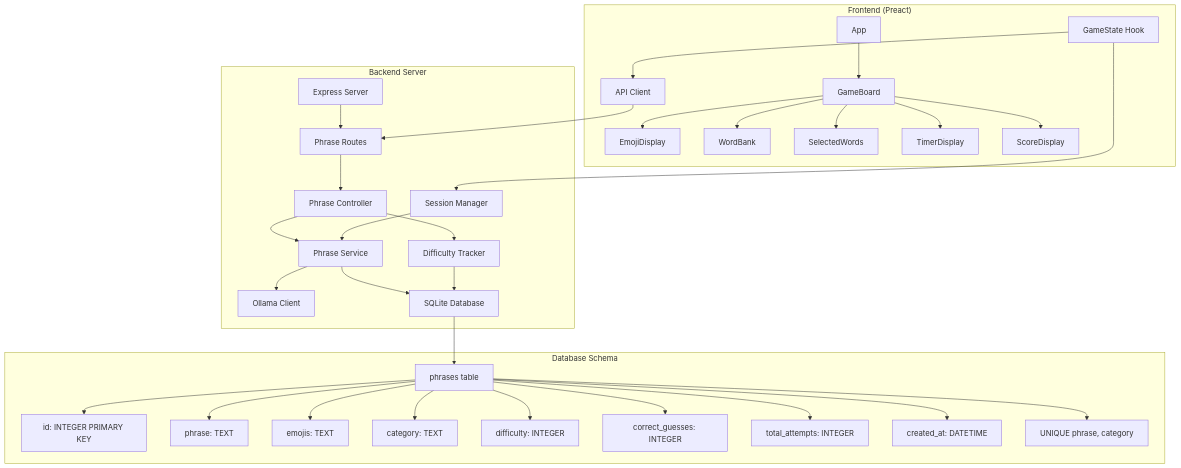
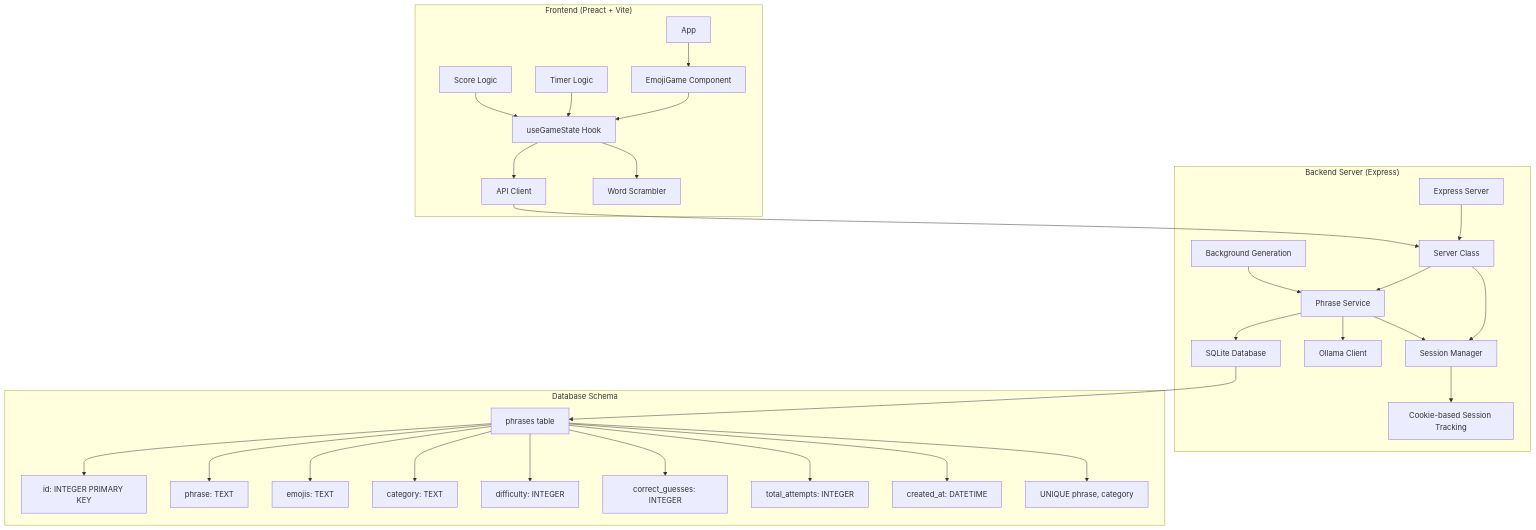
One commit to yogthos/emojiq changed the second of 2 diagrams in architecture.md. Above: the diagram before and after it, drawn with Mermaid. The commit also changed other lines of this file and 1 other file, not shown here.

````diff
--- a/architecture.md
+++ b/architecture.md
@@ -34,39 +34,37 @@
 ```mermaid
 graph TB
-    subgraph "Frontend (Preact)"
-        A[App] --> B[GameBoard]
-        B --> C[EmojiDisplay]
-        B --> D[WordBank]
-        B --> E[SelectedWords]
-        B --> F[TimerDisplay]
-        B --> G[ScoreDisplay]
-        H[GameState Hook] --> I[API Client]
+    subgraph "Frontend (Preact + Vite)"
+        A[App] --> B[EmojiGame Component]
+        B --> C[useGameState Hook]
+        C --> D[API Client]
+        C --> E[Word Scrambler]
+        F[Timer Logic] --> C
+        G[Score Logic] --> C
     end
-    
-    subgraph "Backend Server"
-        J[Express Server] --> K[Phrase Routes]
-        K --> L[Phrase Controller]
-        L --> M[Phrase Service]
-        M --> N[Ollama Client]
-        M --> O[SQLite Database]
-        P[Difficulty Tracker] --> O
-        Q[Session Manager] --> M
+
+    subgraph "Backend Server (Express)"
+        H[Express Server] --> I[Server Class]
+        I --> J[Phrase Service]
+        I --> K[Session Manager]
+        J --> L[Ollama Client]
+        J --> M[SQLite Database]
+        K --> N[Cookie-based Session Tracking]
+        O[Background Generation] --> J
     end
-    
+
     subgraph "Database Schema"
-        O --> R[phrases table]
-        R --> S[id: INTEGER PRIMARY KEY]
-        R --> T[phrase: TEXT]
-        R --> U[emojis: TEXT]
-        R --> V[category: TEXT]
-        R --> W[difficulty: INTEGER]
-        R --> X[correct_guesses: INTEGER]
-        R --> Y[total_attempts: INTEGER]
-        R --> Z[created_at: DATETIME]
-        R --> AA[UNIQUE phrase, category]
+        M --> P[phrases table]
+        P --> Q[id: INTEGER PRIMARY KEY]
+        P --> R[phrase: TEXT]
+        P --> S[emojis: TEXT]
+        P --> T[category: TEXT]
+        P --> U[difficulty: INTEGER]
+        P --> V[correct_guesses: INTEGER]
+        P --> W[total_attempts: INTEGER]
+        P --> X[created_at: DATETIME]
+        P --> Y[UNIQUE phrase, category]
     end
-    
-    I --> K
-    L --> P
-    H --> Q
+
+    D --> I
+    J --> K
 ```
````
